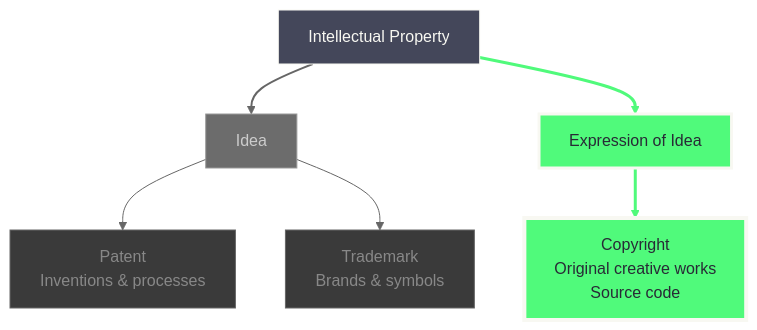
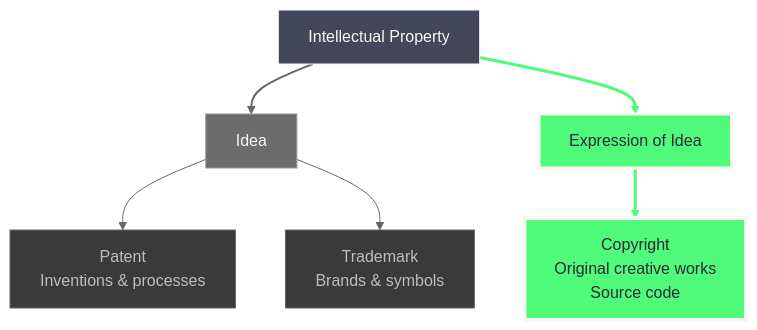
Before and after one commit to IndrajeetPatil/foss-for-enterprise: the first of 2 diagrams in index.qmd, drawn with Mermaid. The commit also changed other lines of this file and 7 other files, not shown here.

````diff
--- a/index.qmd
+++ b/index.qmd
@@ -165,26 +166,26 @@
 ```{mermaid}
 %%| eval: true
 %%| echo: false
 flowchart TD
     IP[Intellectual Property]
     IP --> Ideas[Idea]
     IP --> Expression[Expression of Idea]
 
     Ideas --> Patent[Patent<br/>Inventions & processes]
     Ideas --> Trademark[Trademark<br/>Brands & symbols]
 
     Expression --> Copyright[Copyright<br/>Original creative works<br/>Source code]
 
     style IP fill:#44475a,stroke:#f8f8f2,color:#f8f8f2
-    style Ideas fill:#6c6c6c,stroke:#999999,color:#cccccc
+    style Ideas fill:#6c6c6c,stroke:#999999,color:#f8f8f2
     style Expression fill:#50fa7b,stroke:#f8f8f2,color:#282a36,stroke-width:3px
-    style Patent fill:#3a3a3a,stroke:#666666,color:#888888
-    style Trademark fill:#3a3a3a,stroke:#666666,color:#888888
+    style Patent fill:#3a3a3a,stroke:#666666,color:#bdbdbd
+    style Trademark fill:#3a3a3a,stroke:#666666,color:#bdbdbd
     style Copyright fill:#50fa7b,stroke:#f8f8f2,color:#282a36,stroke-width:4px
 
     linkStyle 0 stroke:#666666,stroke-width:2px
     linkStyle 1 stroke:#50fa7b,stroke-width:3px
     linkStyle 2 stroke:#666666,stroke-width:1px
     linkStyle 3 stroke:#666666,stroke-width:1px
     linkStyle 4 stroke:#50fa7b,stroke-width:3px
 ```
````
